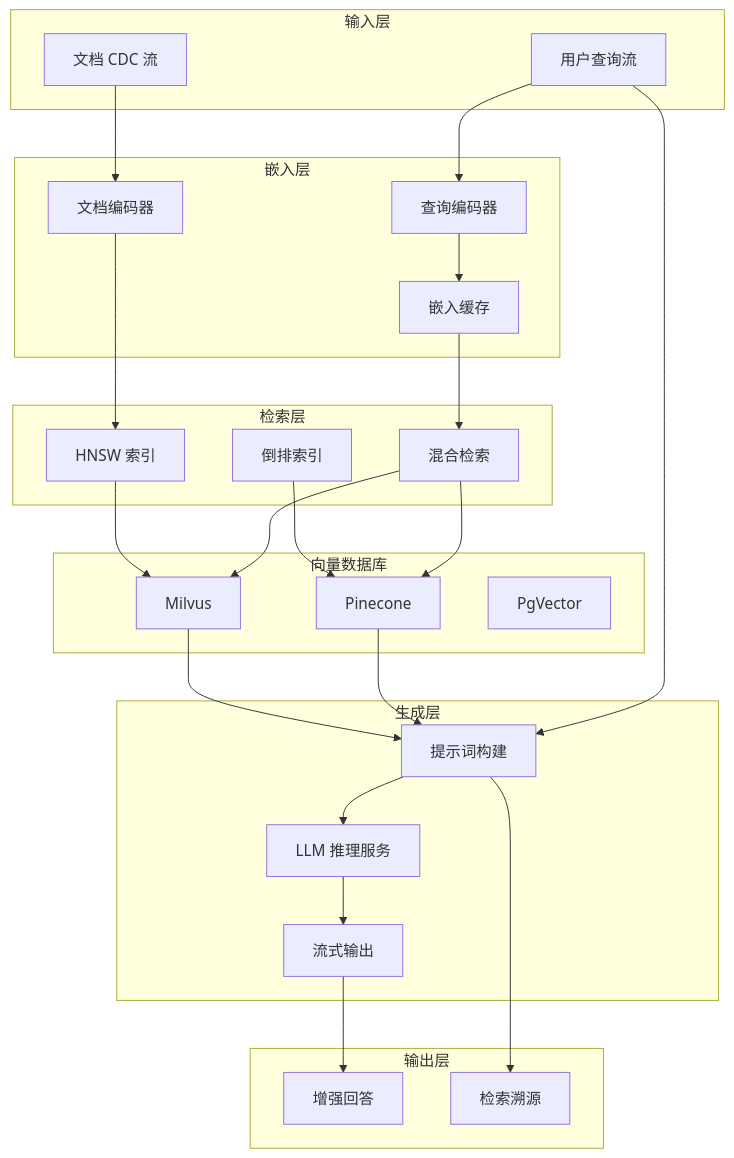
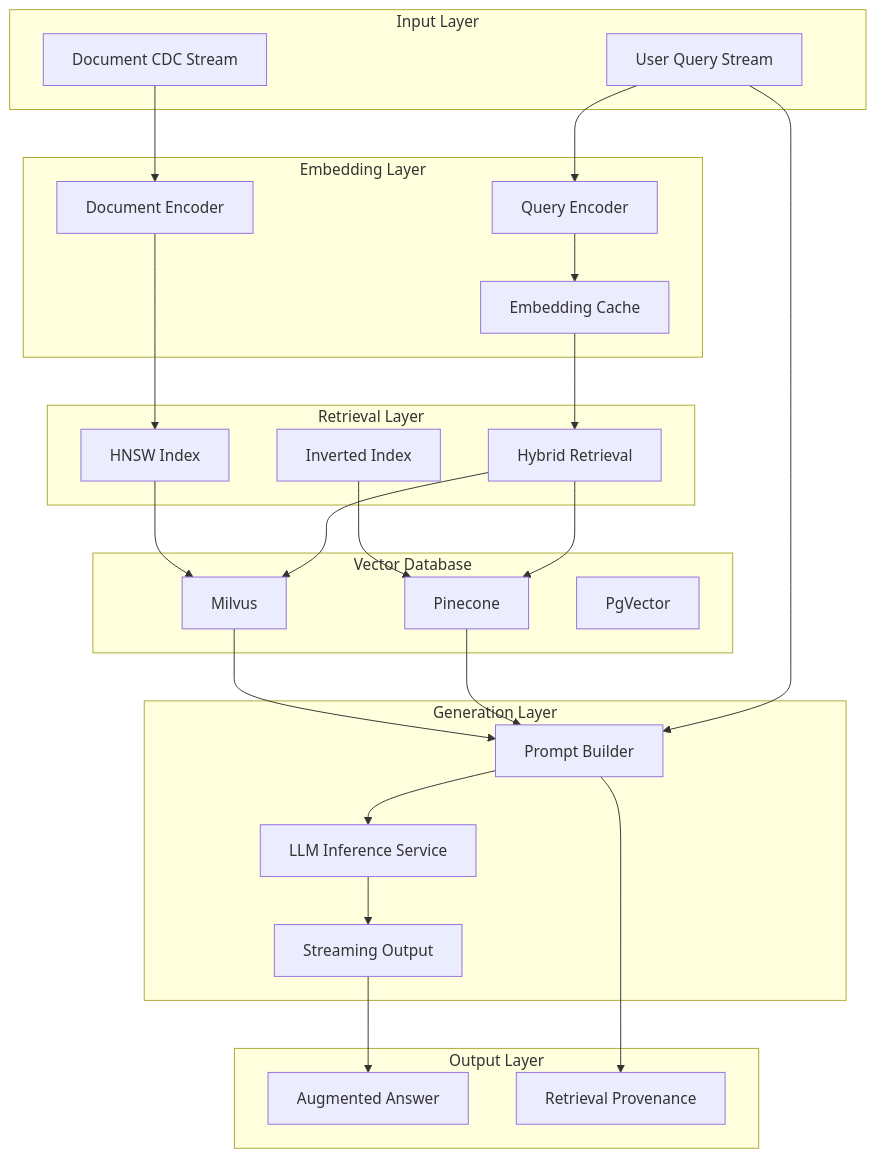
One commit to AdaMartin18010/AnalysisDataFlow changed the first of 6 diagrams in Flink/12-ai-ml/rag-streaming-architecture.md. Above: the diagram before and after it, drawn with Mermaid. The commit also changed other lines of this file and 20 other files, not shown here.

````diff
--- a/Flink/12-ai-ml/rag-streaming-architecture.md
+++ b/Flink/12-ai-ml/rag-streaming-architecture.md
@@ -226,56 +228,56 @@
 ```mermaid
 graph TB
-    subgraph "输入层"
-        A1[用户查询流]
-        A2[文档 CDC 流]
+    subgraph "Input Layer"
+        A1[User Query Stream]
+        A2[Document CDC Stream]
     end
 
-    subgraph "嵌入层"
-        B1[查询编码器]
-        B2[文档编码器]
-        B3[嵌入缓存]
+    subgraph "Embedding Layer"
+        B1[Query Encoder]
+        B2[Document Encoder]
+        B3[Embedding Cache]
     end
 
-    subgraph "检索层"
-        C1[HNSW 索引]
-        C2[倒排索引]
-        C3[混合检索]
+    subgraph "Retrieval Layer"
+        C1[HNSW Index]
+        C2[Inverted Index]
+        C3[Hybrid Retrieval]
     end
 
-    subgraph "向量数据库"
+    subgraph "Vector Database"
         D1[Milvus]
         D2[Pinecone]
         D3[PgVector]
     end
 
-    subgraph "生成层"
-        E1[提示词构建]
-        E2[LLM 推理服务]
-        E3[流式输出]
+    subgraph "Generation Layer"
+        E1[Prompt Builder]
+        E2[LLM Inference Service]
+        E3[Streaming Output]
     end
 
-    subgraph "输出层"
-        F1[增强回答]
-        F2[检索溯源]
+    subgraph "Output Layer"
+        F1[Augmented Answer]
+        F2[Retrieval Provenance]
     end
 
     A1 --> B1
     A2 --> B2
     B1 --> B3
     B2 --> C1
     B3 --> C3
 
     C1 --> D1
     C2 --> D2
     C3 --> D1
     C3 --> D2
 
     D1 --> E1
     D2 --> E1
     A1 --> E1
 
     E1 --> E2
     E2 --> E3
     E3 --> F1
     E1 --> F2
 ```
````
